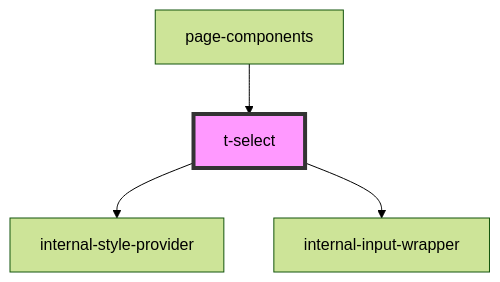
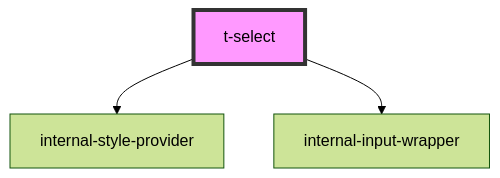
The diagram in packages/t-web-components/src/components/t-select/readme.md (TomasEng/web-components), drawn with Mermaid (forest theme) before and after one commit. The commit also changed other lines of this file and 27 other files, not shown here.

````diff
--- a/packages/t-web-components/src/components/t-select/readme.md
+++ b/packages/t-web-components/src/components/t-select/readme.md
@@ -31,7 +27,6 @@
 ```mermaid
 graph TD;
   t-select --> internal-style-provider
   t-select --> internal-input-wrapper
-  page-components --> t-select
   style t-select fill:#f9f,stroke:#333,stroke-width:4px
 ```
````
